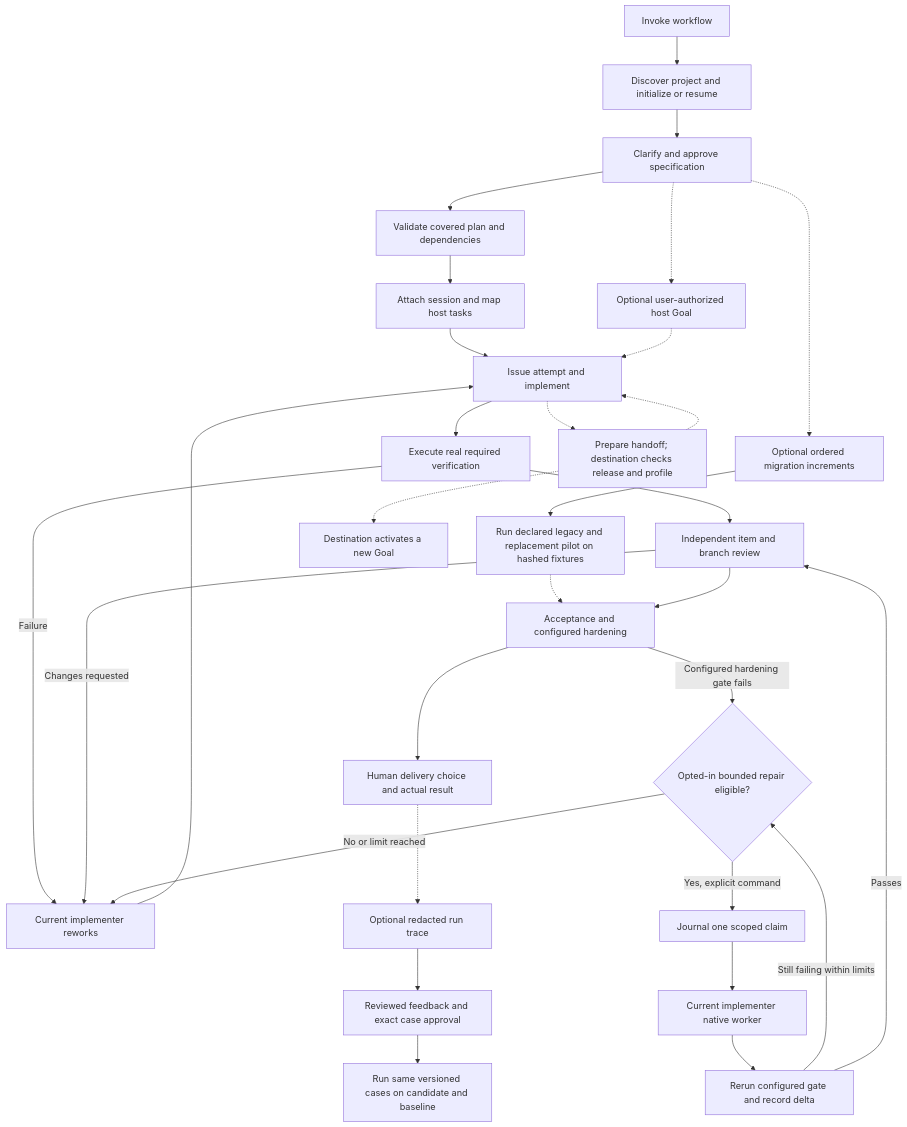
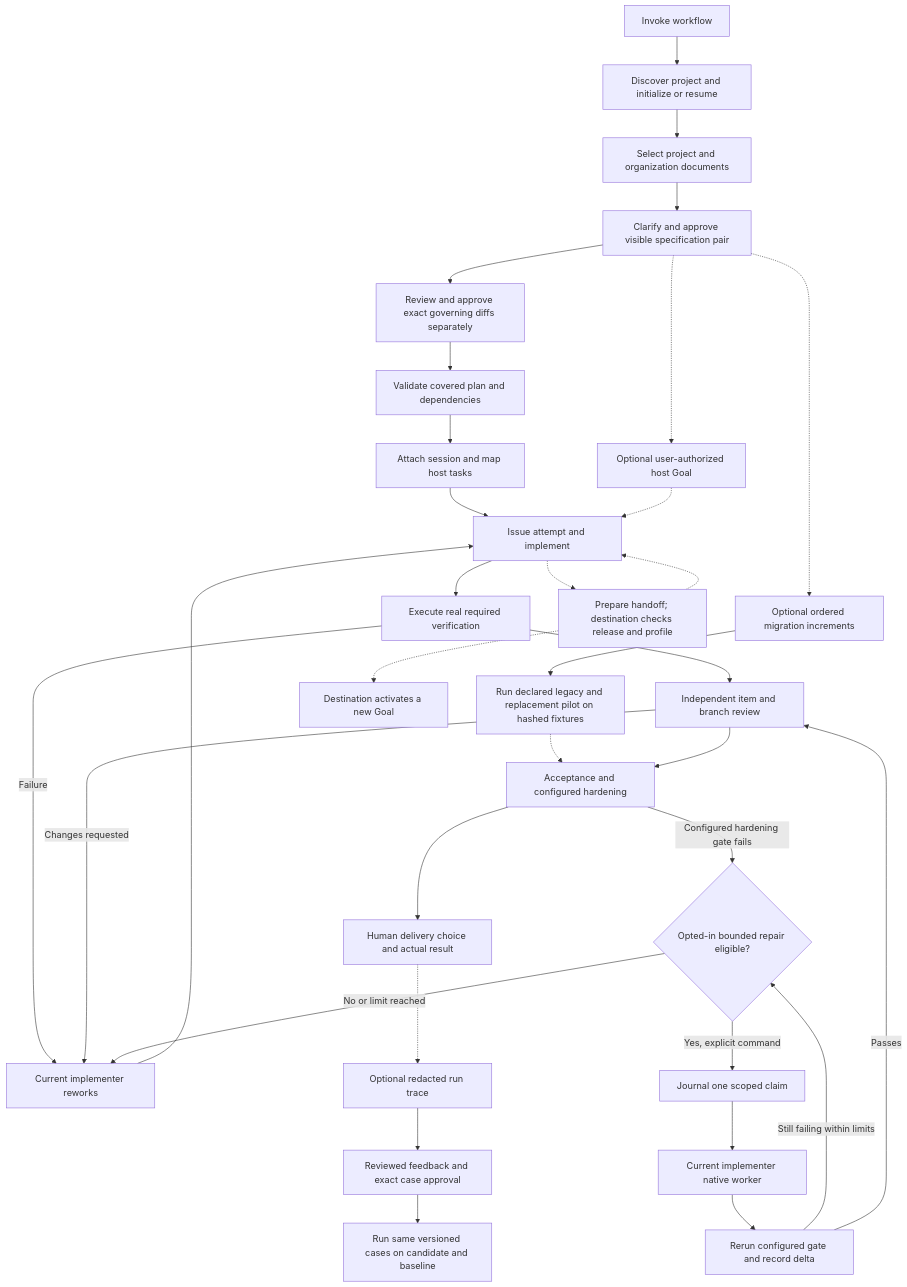
Before and after one commit to wgentil/devflow: the first of 2 diagrams in docs/setup-and-usage.md, drawn with Mermaid. The commit also changed other lines of this file and 7 other files, not shown here.

Commit message:
Test repository and organization evidence flow end to end

````diff
--- a/docs/setup-and-usage.md
+++ b/docs/setup-and-usage.md
@@ -60,33 +60,35 @@
 ```mermaid
 flowchart TD
     Invoke[Invoke workflow] --> Init[Discover project and initialize or resume]
-    Init --> Spec[Clarify and approve specification]
-    Spec --> Plan[Validate covered plan and dependencies]
+    Init --> Docs[Select project and organization documents]
+    Docs --> Spec[Clarify and approve visible specification pair]
+    Spec --> Policy[Review and approve exact governing diffs separately]
+    Policy --> Plan[Validate covered plan and dependencies]
     Spec -.-> Migration[Optional ordered migration increments]
     Migration --> Pilot[Run declared legacy and replacement pilot on hashed fixtures]
     Pilot -.-> Accept
     Plan --> Attach[Attach session and map host tasks]
     Attach --> Work[Issue attempt and implement]
     Work --> Proof[Execute real required verification]
     Proof --> Review[Independent item and branch review]
     Review --> Accept[Acceptance and configured hardening]
     Accept --> Deliver[Human delivery choice and actual result]
     Proof -->|Failure| Fix[Current implementer reworks]
     Review -->|Changes requested| Fix
     Accept -->|Configured hardening gate fails| Repair{Opted-in bounded repair eligible?}
     Repair -->|Yes, explicit command| Claim[Journal one scoped claim]
     Claim --> Worker[Current implementer native worker]
     Worker --> Recheck[Rerun configured gate and record delta]
     Recheck -->|Still failing within limits| Repair
     Recheck -->|Passes| Review
     Repair -->|No or limit reached| Fix
     Fix --> Work
     Work -.-> Transfer[Prepare handoff; destination checks release and profile]
     Transfer -.-> Work
     Spec -.-> Goal[Optional user-authorized host Goal]
     Goal -.-> Work
     Transfer -.-> NewGoal[Destination activates a new Goal]
     Deliver -.-> Trace[Optional redacted run trace]
     Trace --> Feedback[Reviewed feedback and exact case approval]
     Feedback --> Eval[Run same versioned cases on candidate and baseline]
 ```
````
